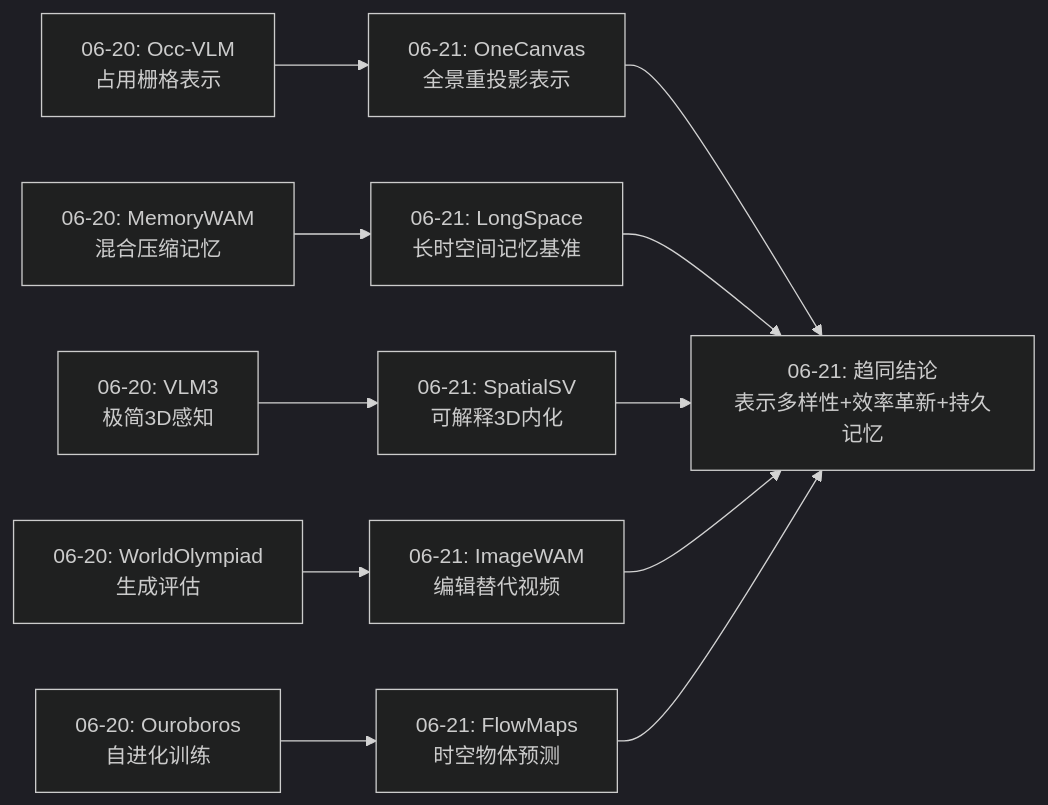
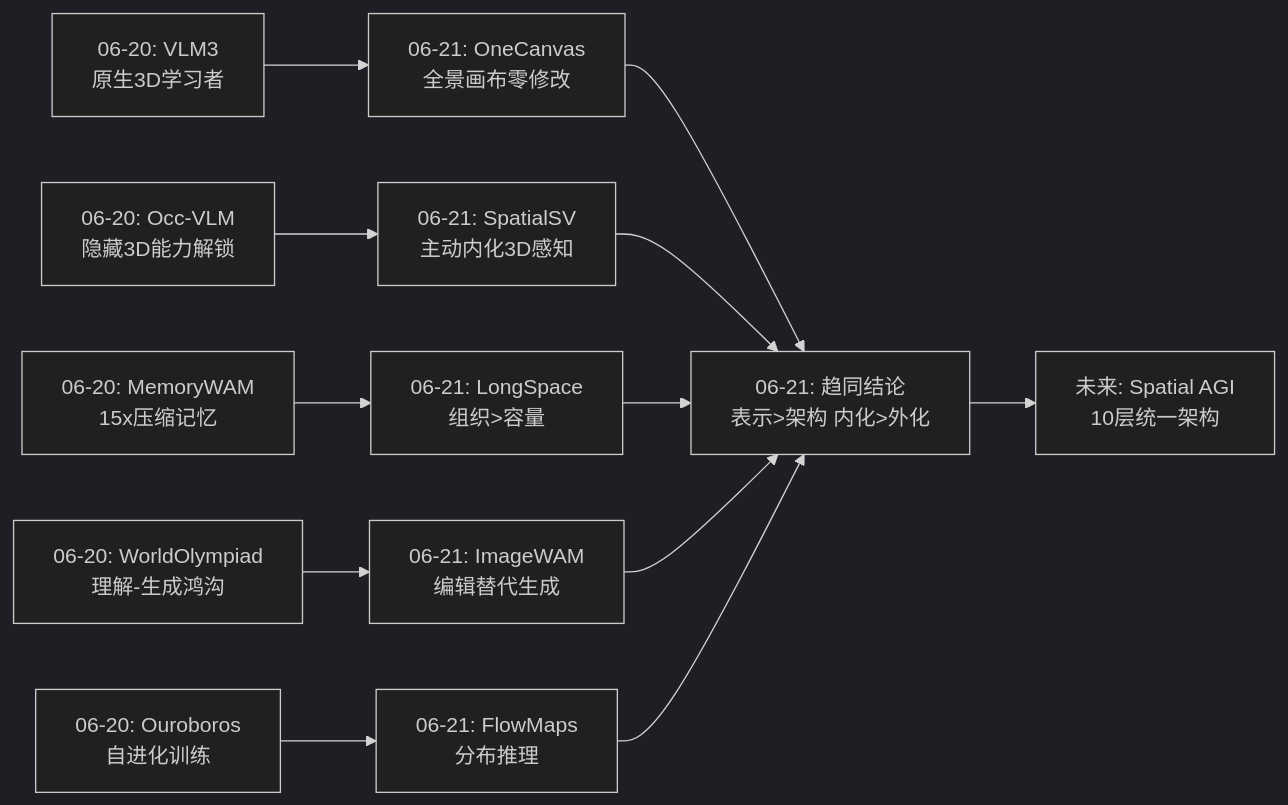
Before and after one commit to ahangchen/spatial_agi: the first of 4 diagrams in daily_thinking/2026-06-21.md, drawn with Mermaid (dark theme). The commit also changed other lines of this file, not shown here.

First line of the commit message:
feat: Spatial AGI Research - 2026-06-21

````diff
--- a/daily_thinking/2026-06-21.md
+++ b/daily_thinking/2026-06-21.md
@@ -77,14 +85,16 @@
 ```mermaid
 graph LR
-    A["06-20: Occ-VLM<br/>占用栅格表示"] --> B["06-21: OneCanvas<br/>全景重投影表示"]
-    C["06-20: MemoryWAM<br/>混合压缩记忆"] --> D["06-21: LongSpace<br/>长时空间记忆基准"]
-    E["06-20: VLM3<br/>极简3D感知"] --> F["06-21: SpatialSV<br/>可解释3D内化"]
-    G["06-20: WorldOlympiad<br/>生成评估"] --> H["06-21: ImageWAM<br/>编辑替代视频"]
-    I["06-20: Ouroboros<br/>自进化训练"] --> J["06-21: FlowMaps<br/>时空物体预测"]
+    A["06-20: VLM3<br/>原生3D学习者"] --> B["06-21: OneCanvas<br/>全景画布零修改"]
+    C["06-20: Occ-VLM<br/>隐藏3D能力解锁"] --> D["06-21: SpatialSV<br/>主动内化3D感知"]
+    E["06-20: MemoryWAM<br/>15x压缩记忆"] --> F["06-21: LongSpace<br/>组织>容量"]
+    G["06-20: WorldOlympiad<br/>理解-生成鸿沟"] --> H["06-21: ImageWAM<br/>编辑替代生成"]
+    I["06-20: Ouroboros<br/>自进化训练"] --> J["06-21: FlowMaps<br/>分布推理"]
     
-    B --> K["06-21: 趋同结论<br/>表示多样性+效率革新+持久记忆"]
+    B --> K["06-21: 趋同结论<br/>表示>架构 内化>外化"]
     D --> K
     F --> K
     H --> K
     J --> K
+    
+    K --> L["未来: Spatial AGI<br/>10层统一架构"]
 ```
````
